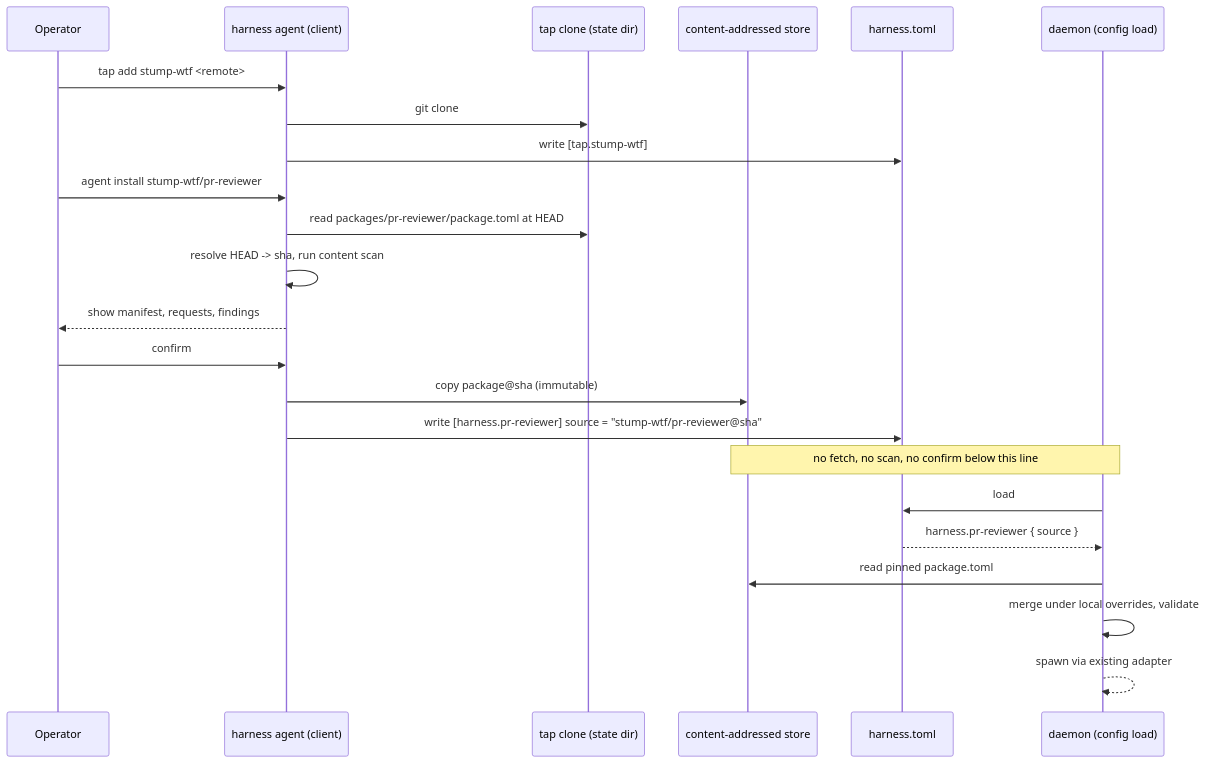
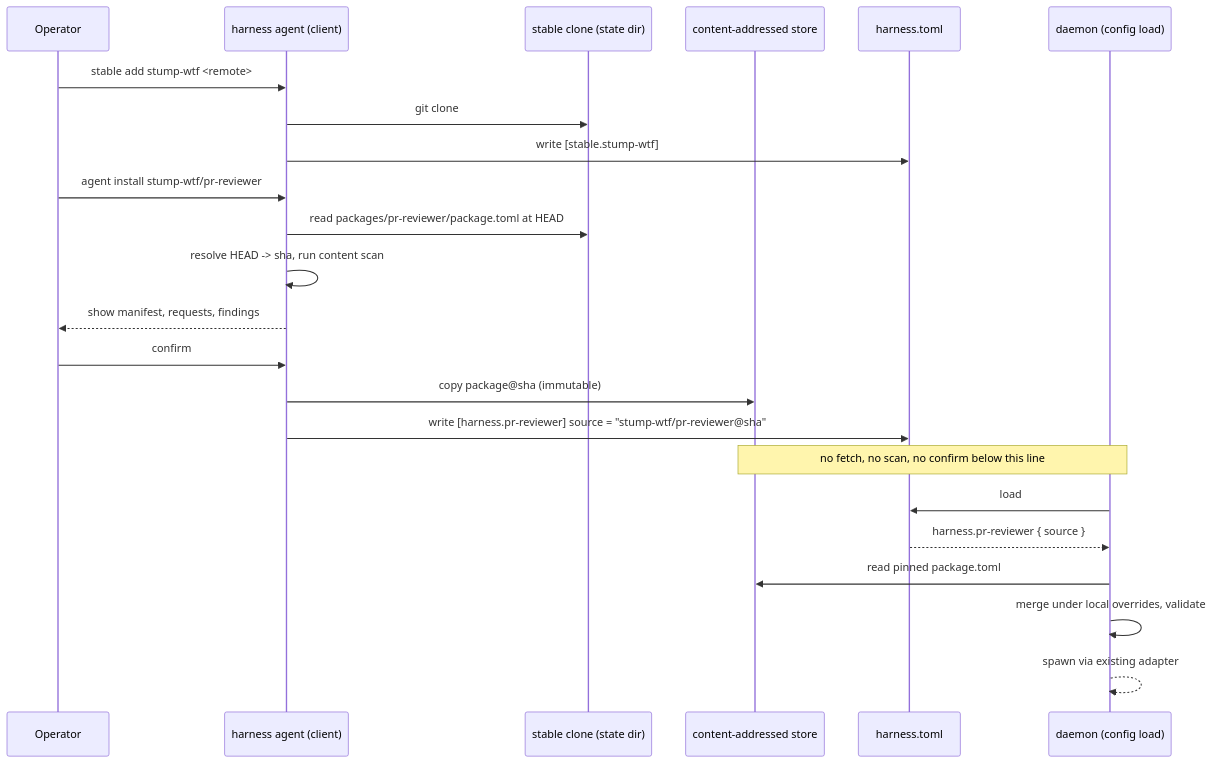
The diagram in docs/openspec/specs/agent-packages/design.md (jbrandstetter/harness), drawn with Mermaid before and after one commit. The commit also changed other lines of this file and 2 other files, not shown here.

````diff
--- a/docs/openspec/specs/agent-packages/design.md
+++ b/docs/openspec/specs/agent-packages/design.md
@@ -151,28 +151,28 @@
 ```mermaid
 sequenceDiagram
     participant Op as Operator
     participant CLI as harness agent (client)
-    participant TapClone as tap clone (state dir)
+    participant TapClone as stable clone (state dir)
     participant Store as content-addressed store
     participant Cfg as harness.toml
     participant Daemon as daemon (config load)
 
-    Op->>CLI: tap add stump-wtf <remote>
+    Op->>CLI: stable add stump-wtf <remote>
     CLI->>TapClone: git clone
-    CLI->>Cfg: write [tap.stump-wtf]
+    CLI->>Cfg: write [stable.stump-wtf]
 
     Op->>CLI: agent install stump-wtf/pr-reviewer
     CLI->>TapClone: read packages/pr-reviewer/package.toml at HEAD
     CLI->>CLI: resolve HEAD -> sha, run content scan
     CLI-->>Op: show manifest, requests, findings
     Op->>CLI: confirm
     CLI->>Store: copy package@sha (immutable)
     CLI->>Cfg: write [harness.pr-reviewer] source = "stump-wtf/pr-reviewer@sha"
 
     Note over Daemon,Store: no fetch, no scan, no confirm below this line
     Daemon->>Cfg: load
     Cfg-->>Daemon: harness.pr-reviewer { source }
     Daemon->>Store: read pinned package.toml
     Daemon->>Daemon: merge under local overrides, validate
     Daemon-->>Daemon: spawn via existing adapter
 ```
````
